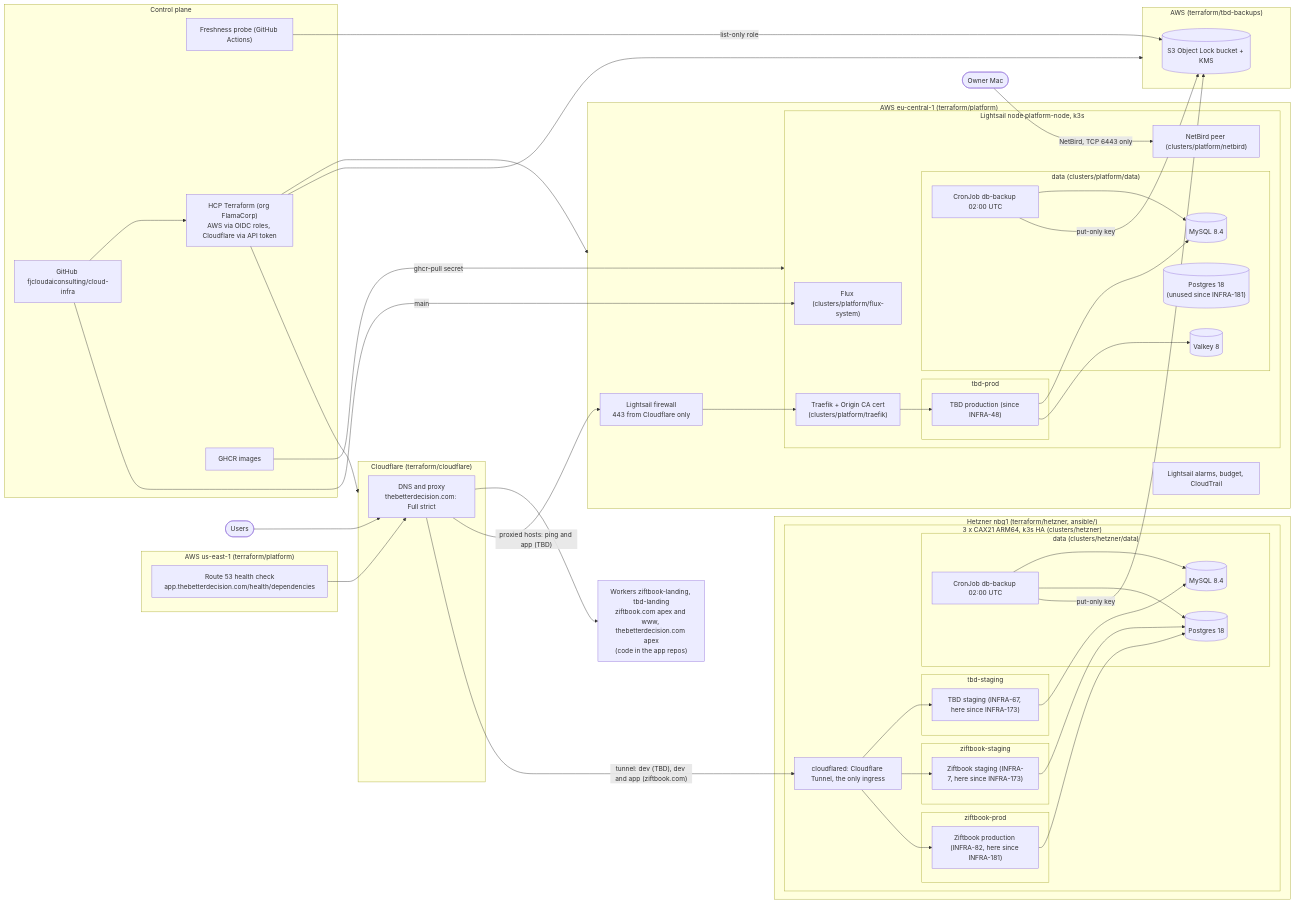
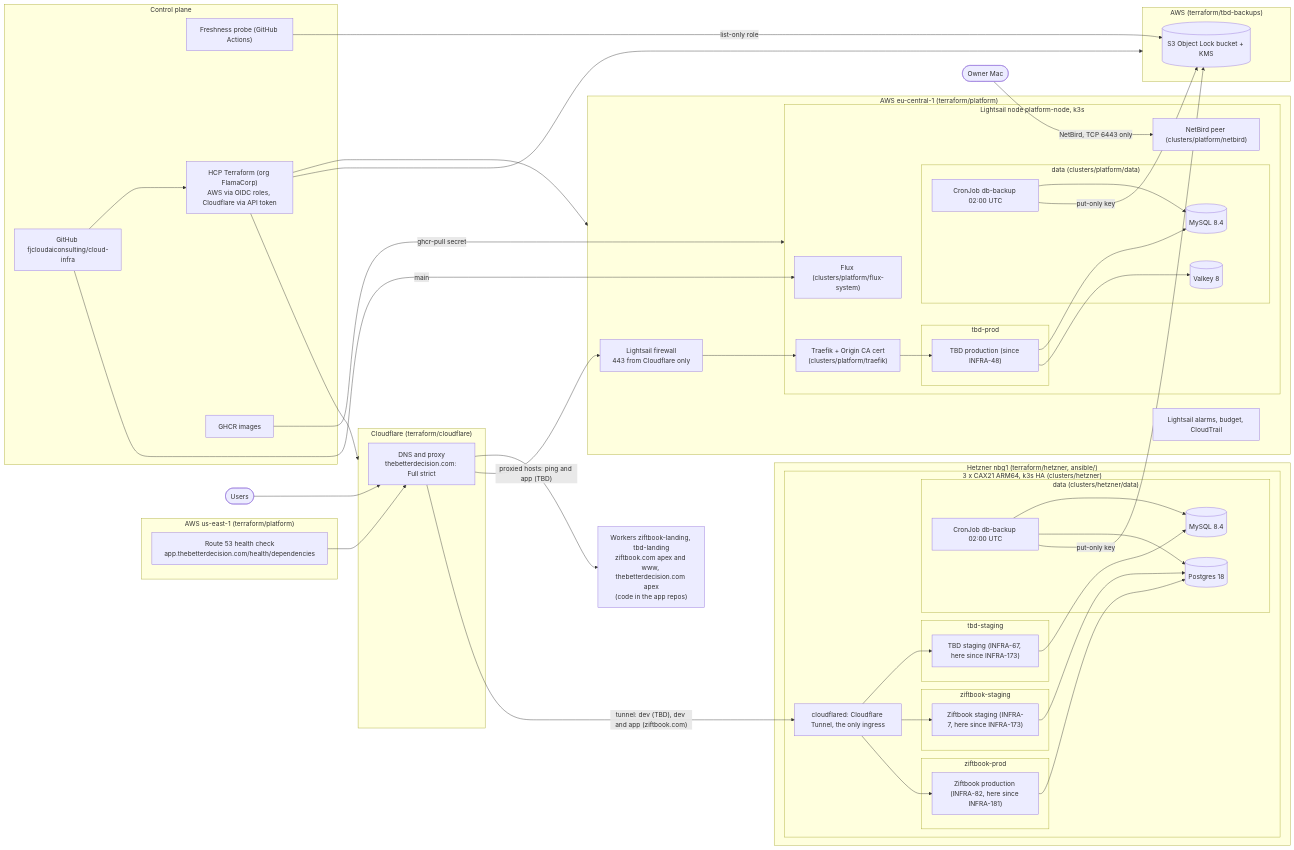
Before and after one commit to fjcloudaiconsulting/aws-infra: the diagram in docs/architecture.md, drawn with Mermaid. The commit also changed other lines of this file and 10 other files, not shown here.

First line of the commit message:
chore(clusters): remove Postgres from Lightsail after the ziftbook-prod move (INFRA-181) (#184)

````diff
--- a/docs/architecture.md
+++ b/docs/architecture.md
@@ -7,79 +7,78 @@
 ```mermaid
 flowchart LR
   user([Users]) --> cf
 
   subgraph cloudflare["Cloudflare (terraform/cloudflare)"]
     cf["DNS and proxy<br/>thebetterdecision.com: Full strict"]
   end
   worker["Workers ziftbook-landing, tbd-landing<br/>ziftbook.com apex and www, thebetterdecision.com apex<br/>(code in the app repos)"]
   cf --> worker
 
   subgraph aws_platform["AWS eu-central-1 (terraform/platform)"]
     fw["Lightsail firewall<br/>443 from Cloudflare only"]
     subgraph node["Lightsail node platform-node, k3s"]
       traefik["Traefik + Origin CA cert<br/>(clusters/platform/traefik)"]
       subgraph ns_tbd["tbd-prod"]
         tbdapp["TBD production (since INFRA-48)"]
       end
       subgraph ns_data["data (clusters/platform/data)"]
         mysql[("MySQL 8.4")]
-        postgres[("Postgres 18<br/>(unused since INFRA-181)")]
         valkey[("Valkey 8")]
         backup["CronJob db-backup 02:00 UTC"]
       end
       flux["Flux (clusters/platform/flux-system)"]
       netbird["NetBird peer (clusters/platform/netbird)"]
     end
     alarms["Lightsail alarms, budget, CloudTrail"]
   end
   cf -->|"proxied hosts: ping and app (TBD)"| fw --> traefik
   traefik --> tbdapp
   tbdapp --> mysql & valkey
   backup --> mysql
 
   subgraph hetzner["Hetzner nbg1 (terraform/hetzner, ansible/)"]
     subgraph hk3s["3 x CAX21 ARM64, k3s HA (clusters/hetzner)"]
       cfd["cloudflared: Cloudflare Tunnel, the only ingress"]
       subgraph ns_tbds["tbd-staging"]
         tbdstg["TBD staging (INFRA-67, here since INFRA-173)"]
       end
       subgraph ns_zif["ziftbook-staging"]
         zifapp["Ziftbook staging (INFRA-7, here since INFRA-173)"]
       end
       subgraph ns_zifp["ziftbook-prod"]
         zifprod["Ziftbook production (INFRA-82, here since INFRA-181)"]
       end
       subgraph hdata["data (clusters/hetzner/data)"]
         hmysql[("MySQL 8.4")]
         hpostgres[("Postgres 18")]
         hbackup["CronJob db-backup 02:00 UTC"]
       end
     end
   end
   cf -->|"tunnel: dev (TBD), dev and app (ziftbook.com)"| cfd --> tbdstg & zifapp & zifprod
   tbdstg --> hmysql
   zifapp & zifprod --> hpostgres
   hbackup --> hmysql & hpostgres
 
   subgraph aws_backups["AWS (terraform/tbd-backups)"]
     bucket[("S3 Object Lock bucket + KMS")]
   end
   backup & hbackup -->|"put-only key"| bucket
   probe -->|"list-only role"| bucket
 
   subgraph useast["AWS us-east-1 (terraform/platform)"]
     hc["Route 53 health check<br/>app.thebetterdecision.com/health/dependencies"]
   end
   hc --> cf
 
   subgraph control["Control plane"]
     gh["GitHub fjcloudaiconsulting/cloud-infra"]
     tfc["HCP Terraform (org FlamaCorp)<br/>AWS via OIDC roles, Cloudflare via API token"]
     ghcr["GHCR images"]
     probe["Freshness probe (GitHub Actions)"]
   end
   gh --> tfc --> aws_platform & aws_backups & cloudflare
   gh -->|"main"| flux
   ghcr -->|"ghcr-pull secret"| node
   owner([Owner Mac]) -->|"NetBird, TCP 6443 only"| netbird
 ```
````
